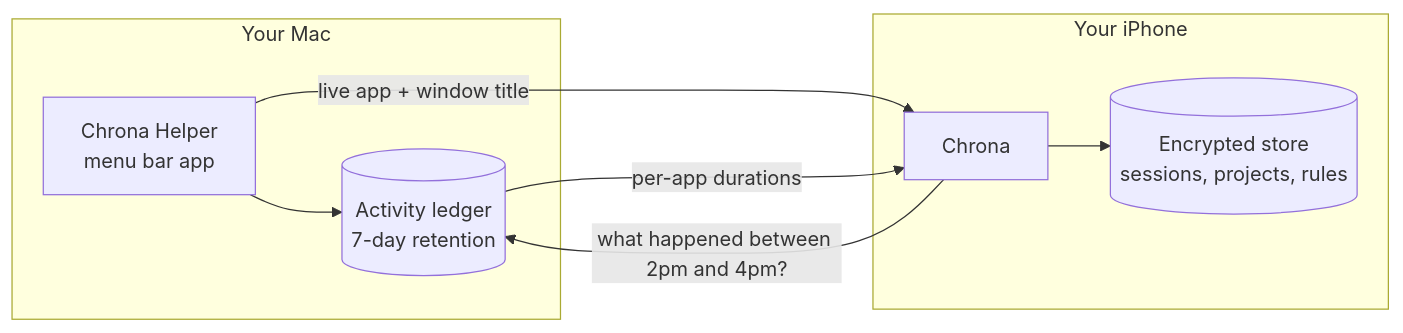
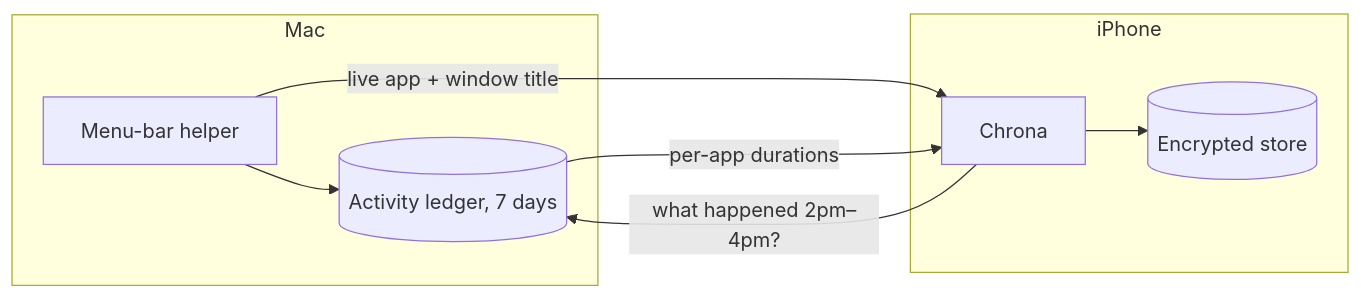
Before and after one commit to aexomir/Chrona: the diagram in README.md, drawn with Mermaid. The commit also changed other lines of this file, not shown here.

````diff
--- a/README.md
+++ b/README.md
@@ -70,12 +42,12 @@
 ```mermaid
 flowchart LR
-    subgraph Mac["Your Mac"]
-        A[Chrona Helper<br/>menu bar app] --> B[(Activity ledger<br/>7-day retention)]
+    subgraph Mac
+        A[Menu-bar helper] --> B[(Activity ledger, 7 days)]
     end
-    subgraph Phone["Your iPhone"]
-        D[Chrona] --> E[(Encrypted store<br/>sessions, projects, rules)]
+    subgraph iPhone
+        D[Chrona] --> E[(Encrypted store)]
     end
     A -- "live app + window title" --> D
-    D -- "what happened between 2pm and 4pm?" --> B
+    D -- "what happened 2pm–4pm?" --> B
     B -- "per-app durations" --> D
 ```
````
